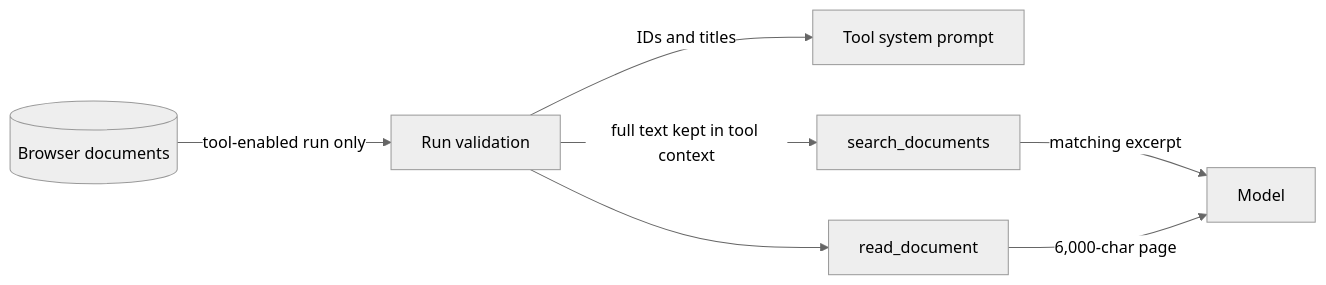
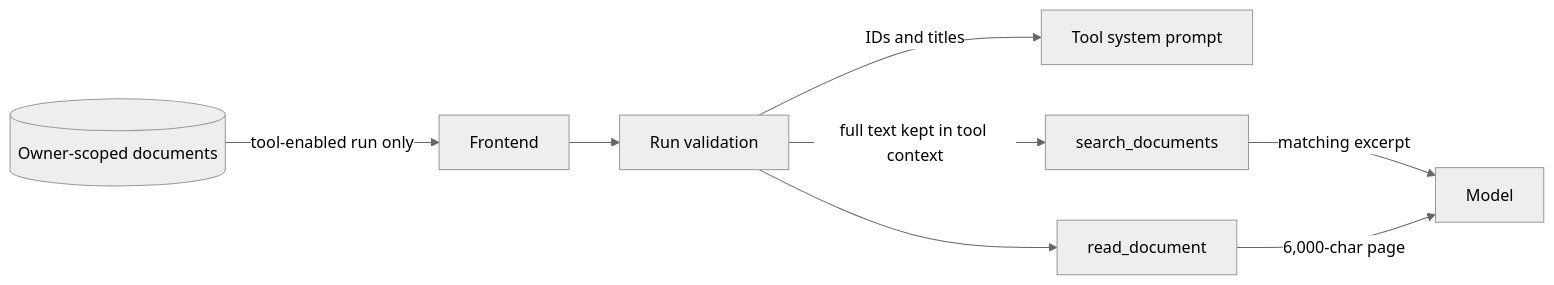
One commit to sanketmuchhala/Nerdplexity changed the second of 3 diagrams in backend/docs/tools.md. Above: the diagram before and after it, drawn with Mermaid (neutral theme). The commit also changed other lines of this file and 28 other files, not shown here.

````diff
--- a/backend/docs/tools.md
+++ b/backend/docs/tools.md
@@ -93,9 +93,10 @@
 ```mermaid
 flowchart LR
-    DB[(Browser documents)] -->|tool-enabled run only| Route[Run validation]
+    DB[(Owner-scoped documents)] -->|tool-enabled run only| Browser[Frontend]
+    Browser --> Route[Run validation]
     Route -->|IDs and titles| Prompt[Tool system prompt]
     Route -->|full text kept in tool context| Search[search_documents]
     Route --> Read[read_document]
     Search -->|matching excerpt| Model
     Read -->|6,000-char page| Model
 ```
````
